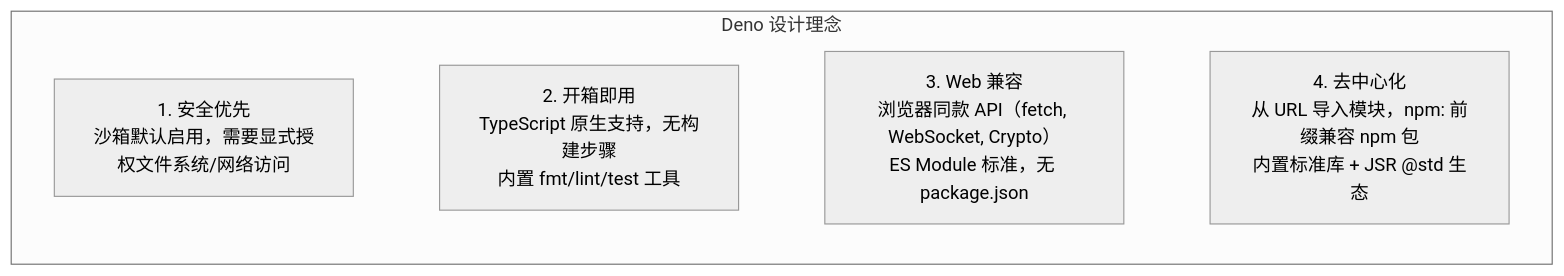
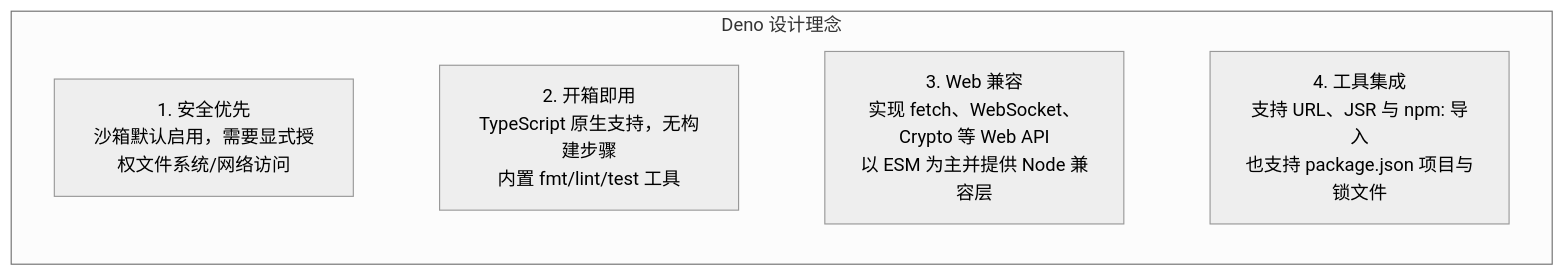
One commit to Shyu-x/frontend-interview changed the diagram in docs/runtime/deno-guide.md. Above: the diagram before and after it, drawn with Mermaid (neutral theme). The commit also changed other lines of this file and 132 other files, not shown here.

````diff
--- a/docs/runtime/deno-guide.md
+++ b/docs/runtime/deno-guide.md
@@ -16,12 +40,12 @@
 ```mermaid
 flowchart TD
   subgraph DP["Deno 设计理念"]
     P1["1. 安全优先<br/>沙箱默认启用，需要显式授权文件系统/网络访问"]
     P2["2. 开箱即用<br/>TypeScript 原生支持，无构建步骤<br/>内置 fmt/lint/test 工具"]
-    P3["3. Web 兼容<br/>浏览器同款 API（fetch, WebSocket, Crypto）<br/>ES Module 标准，无 package.json"]
-    P4["4. 去中心化<br/>从 URL 导入模块，npm: 前缀兼容 npm 包<br/>内置标准库 + JSR @std 生态"]
+    P3["3. Web 兼容<br/>实现 fetch、WebSocket、Crypto 等 Web API<br/>以 ESM 为主并提供 Node 兼容层"]
+    P4["4. 工具集成<br/>支持 URL、JSR 与 npm: 导入<br/>也支持 package.json 项目与锁文件"]
     P1 ~~~ P2
     P2 ~~~ P3
     P3 ~~~ P4
   end
 ```
````
